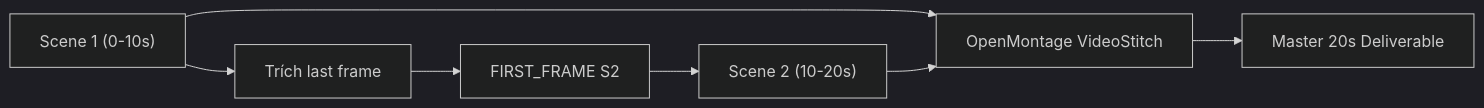
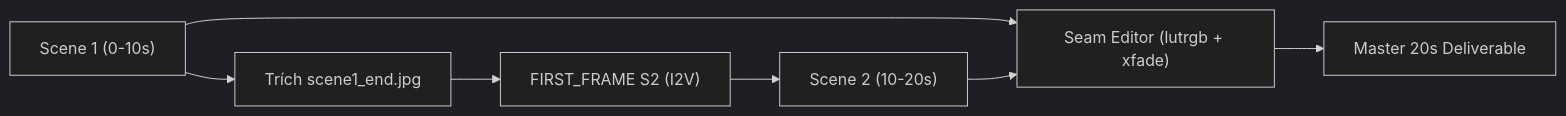
Before and after one commit to nghuyenthevinh2000/social-content: the second of 2 diagrams in .agents/skills/video-editing/workflows/avatar-ugc-synthesis.md, drawn with Mermaid (dark theme). The commit also changed other lines of this file and 17 other files, not shown here.

````diff
--- a/.agents/skills/video-editing/workflows/avatar-ugc-synthesis.md
+++ b/.agents/skills/video-editing/workflows/avatar-ugc-synthesis.md
@@ -77,9 +73,9 @@
 ```mermaid
 flowchart LR
-    A["Scene 1 (0-10s)"] --> B["Trích last frame"]
-    B --> C["FIRST_FRAME S2"]
+    A["Scene 1 (0-10s)"] --> B["Trích scene1_end.jpg"]
+    B --> C["FIRST_FRAME S2 (I2V)"]
     C --> D["Scene 2 (10-20s)"]
-    A --> E["OpenMontage VideoStitch"]
+    A --> E["Seam Editor (lutrgb + xfade)"]
     D --> E
     E --> F["Master 20s Deliverable"]
 ```
````
